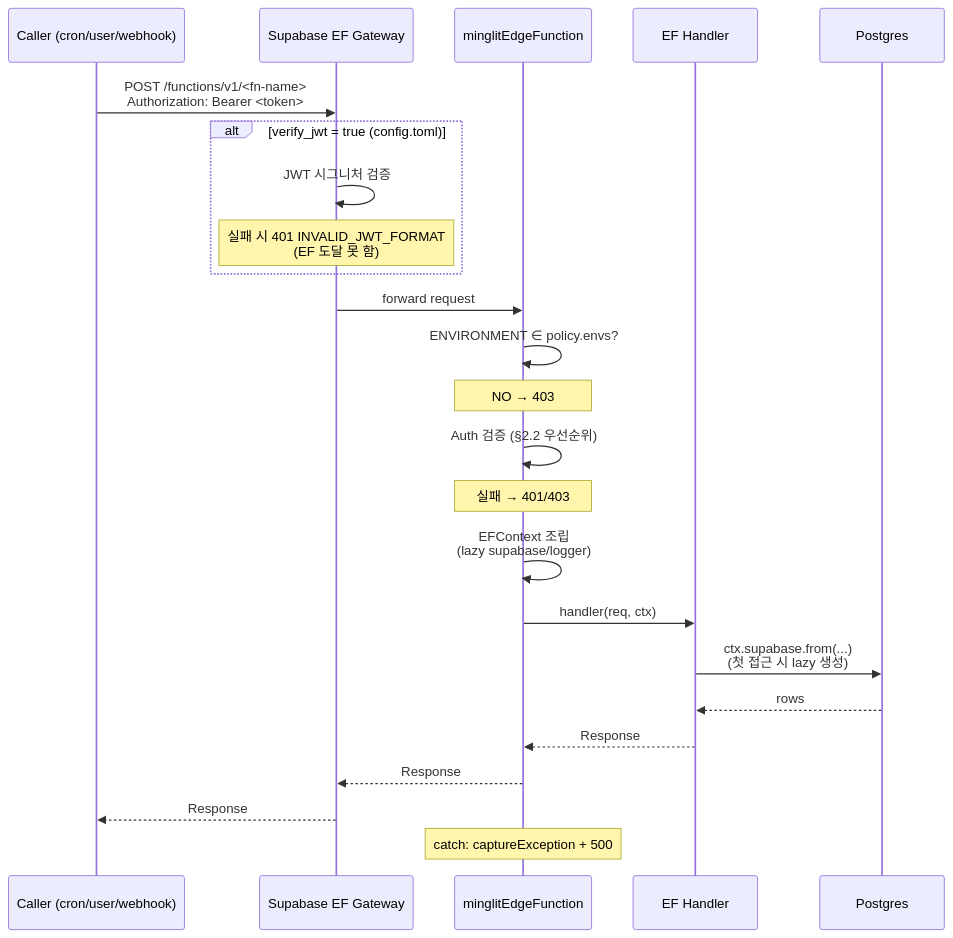
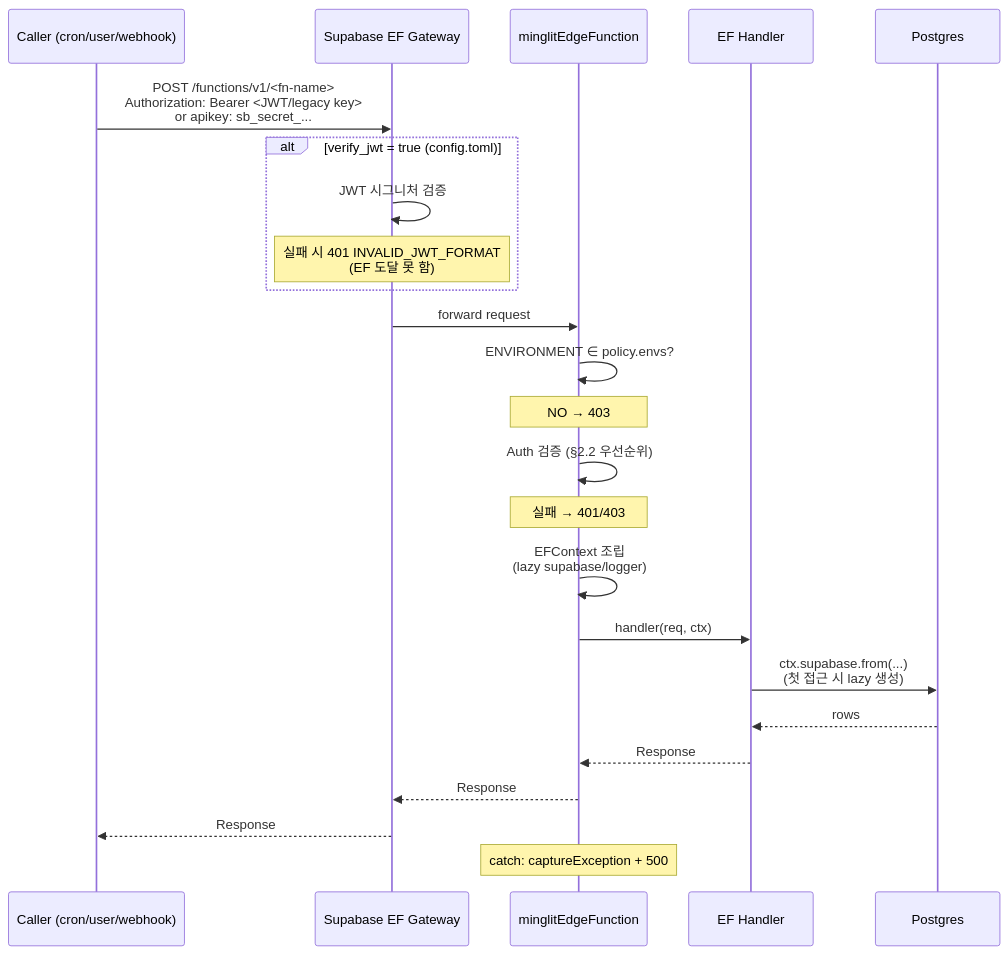
One commit to Mark-Yun/minglit changed the first of 3 diagrams in docs/architecture/edge-function-auth.md. Above: the diagram before and after it, drawn with Mermaid. The commit also changed other lines of this file and 6 other files, not shown here.

Commit message:
feat(ef-auth): support sb_secret system apikey auth

````diff
--- a/docs/architecture/edge-function-auth.md
+++ b/docs/architecture/edge-function-auth.md
@@ -424,31 +430,31 @@
 ```mermaid
 sequenceDiagram
     participant Caller as Caller (cron/user/webhook)
     participant Gateway as Supabase EF Gateway
     participant Wrapper as minglitEdgeFunction
     participant Handler as EF Handler
     participant DB as Postgres
 
-    Caller->>Gateway: POST /functions/v1/<fn-name><br/>Authorization: Bearer <token>
+    Caller->>Gateway: POST /functions/v1/<fn-name><br/>Authorization: Bearer <JWT/legacy key><br/>or apikey: sb_secret_...
 
     alt verify_jwt = true (config.toml)
         Gateway->>Gateway: JWT 시그니처 검증
         Note over Gateway: 실패 시 401 INVALID_JWT_FORMAT<br/>(EF 도달 못 함)
     end
 
     Gateway->>Wrapper: forward request
     Wrapper->>Wrapper: ENVIRONMENT ∈ policy.envs?
     Note over Wrapper: NO → 403
     Wrapper->>Wrapper: Auth 검증 (§2.2 우선순위)
     Note over Wrapper: 실패 → 401/403
 
     Wrapper->>Wrapper: EFContext 조립<br/>(lazy supabase/logger)
     Wrapper->>Handler: handler(req, ctx)
     Handler->>DB: ctx.supabase.from(...)<br/>(첫 접근 시 lazy 생성)
     DB-->>Handler: rows
     Handler-->>Wrapper: Response
     Wrapper-->>Gateway: Response
     Gateway-->>Caller: Response
 
     Note over Wrapper: catch: captureException + 500
 ```
````
